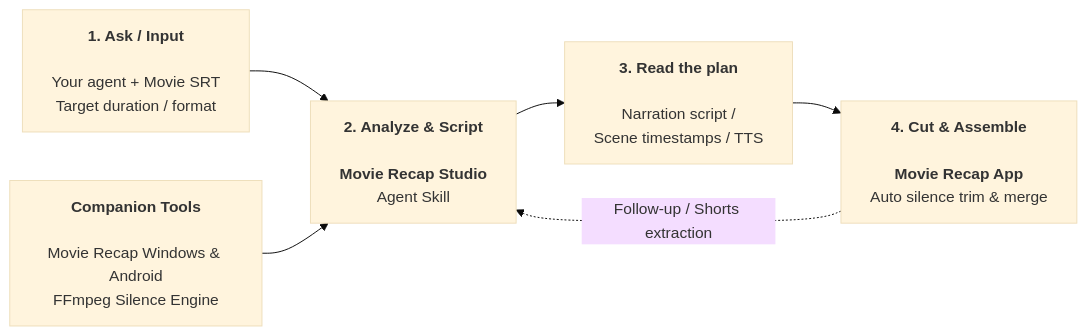
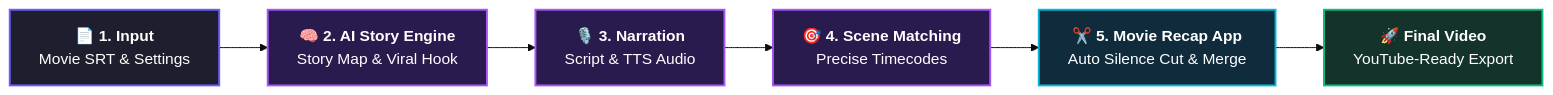
The diagram in README.md (trykamran/movie-recap-studio), drawn with Mermaid (base theme) before and after one commit. The commit also changed other lines of this file, not shown here.

Commit message:
style(docs): Modernize How it works section with clean linear pipeline and color-coded stages

````diff
--- a/README.md
+++ b/README.md
@@ -53,8 +51,13 @@
 ```mermaid
 flowchart LR
-    A["<b>1. Ask / Input</b><br/><br/>Your agent + Movie SRT<br/>Target duration / format"] --> B["<b>2. Analyze & Script</b><br/><br/><b>Movie Recap Studio</b><br/>Agent Skill"]
-    B --> C["<b>3. Read the plan</b><br/><br/>Narration script /<br/>Scene timestamps / TTS"]
-    C --> D["<b>4. Cut & Assemble</b><br/><br/><b>Movie Recap App</b><br/>Auto silence trim & merge"]
-    D -. "Follow-up / Shorts extraction" .-> B
-    E["<b>Companion Tools</b><br/><br/>Movie Recap Windows & Android<br/>FFmpeg Silence Engine"] --> B
+    classDef input fill:#1e1e2e,stroke:#6D5DFB,stroke-width:2px,color:#fff;
+    classDef ai fill:#2a1b4e,stroke:#a855f7,stroke-width:2px,color:#fff;
+    classDef app fill:#0f2b3c,stroke:#06b6d4,stroke-width:2px,color:#fff;
+    classDef out fill:#14342b,stroke:#10b981,stroke-width:2px,color:#fff;
+
+    A["📄 <b>1. Input</b><br/>Movie SRT & Settings"]:::input --> B["🧠 <b>2. AI Story Engine</b><br/>Story Map & Viral Hook"]:::ai
+    B --> C["🎙️ <b>3. Narration</b><br/>Script & TTS Audio"]:::ai
+    C --> D["🎯 <b>4. Scene Matching</b><br/>Precise Timecodes"]:::ai
+    D --> E["✂️ <b>5. Movie Recap App</b><br/>Auto Silence Cut & Merge"]:::app
+    E --> F["🚀 <b>Final Video</b><br/>YouTube-Ready Export"]:::out
 ```
````
